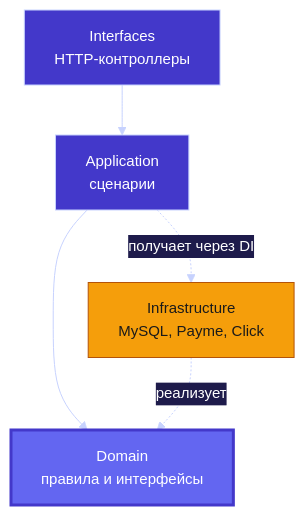
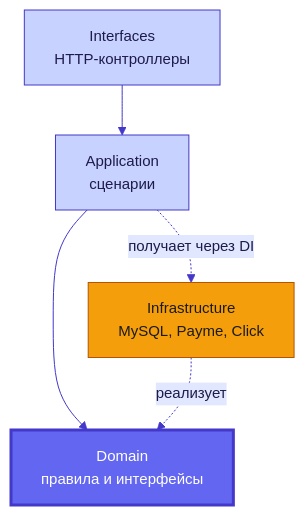
The diagram in README.md (Shohruh1997/php-layered-architecture-notes), drawn with Mermaid before and after one commit.

Commit message:
Диаграммы: светлые блоки с тёмным текстом — читаемость не зависит от темы GitHub

````diff
--- a/README.md
+++ b/README.md
@@ -31,11 +31,11 @@
 ```mermaid
-%%{init: {'theme':'base','themeVariables':{'fontFamily':'ui-sans-serif,-apple-system,BlinkMacSystemFont,Segoe UI,Roboto,Helvetica,Arial,sans-serif','fontSize':'15px','primaryColor':'#4338ca','primaryTextColor':'#ffffff','primaryBorderColor':'#c7d2fe','secondaryColor':'#6d28d9','tertiaryColor':'#312e81','lineColor':'#c7d2fe','textColor':'#ffffff','mainBkg':'#4338ca','nodeBorder':'#c7d2fe','nodeTextColor':'#ffffff','edgeLabelBackground':'#1e1b4b','attributeBackgroundColorOdd':'#4338ca','attributeBackgroundColorEven':'#4f46e5','noteBkgColor':'#fbbf24','noteTextColor':'#1a1a1a','noteBorderColor':'#b45309','clusterBkg':'#1e1b4b','clusterBorder':'#c7d2fe','labelBoxBkgColor':'#4338ca','labelBoxBorderColor':'#c7d2fe','labelTextColor':'#ffffff','actorBkg':'#4338ca','actorBorder':'#c7d2fe','actorTextColor':'#ffffff','actorLineColor':'#c7d2fe','signalColor':'#c7d2fe','signalTextColor':'#ffffff','sequenceNumberColor':'#1a1a1a','activationBkgColor':'#6d28d9','activationBorderColor':'#c7d2fe','transitionColor':'#c7d2fe','transitionLabelColor':'#ffffff','stateBkg':'#4338ca','stateLabelColor':'#ffffff','altBackground':'#312e81','compositeBackground':'#1e1b4b','compositeBorder':'#c7d2fe','compositeTitleBackground':'#312e81','specialStateColor':'#c7d2fe','innerEndBackground':'#c7d2fe','cScale0':'#4338ca'}}}%%
+%%{init: {'theme':'base','themeVariables':{'fontFamily':'ui-sans-serif,-apple-system,BlinkMacSystemFont,Segoe UI,Roboto,Helvetica,Arial,sans-serif','fontSize':'15px','textColor':'#1e1b4b','lineColor':'#4338ca','primaryColor':'#e0e7ff','primaryTextColor':'#1e1b4b','primaryBorderColor':'#4338ca','secondaryColor':'#ede9fe','tertiaryColor':'#f5f3ff','mainBkg':'#c7d2fe','nodeBorder':'#4338ca','nodeTextColor':'#1e1b4b','edgeLabelBackground':'#e0e7ff','attributeBackgroundColorOdd':'#eef2ff','attributeBackgroundColorEven':'#e0e7ff','noteBkgColor':'#fef3c7','noteTextColor':'#1a1a1a','noteBorderColor':'#b45309','clusterBkg':'#f5f3ff','clusterBorder':'#4338ca','labelBoxBkgColor':'#e0e7ff','labelBoxBorderColor':'#4338ca','labelTextColor':'#1e1b4b','actorBkg':'#c7d2fe','actorBorder':'#4338ca','actorTextColor':'#1e1b4b','actorLineColor':'#4338ca','signalColor':'#4338ca','signalTextColor':'#1e1b4b','sequenceNumberColor':'#ffffff','activationBkgColor':'#ddd6fe','activationBorderColor':'#4338ca','transitionColor':'#4338ca','transitionLabelColor':'#1e1b4b','stateBkg':'#c7d2fe','stateLabelColor':'#1e1b4b','altBackground':'#f5f3ff','compositeBackground':'#f5f3ff','compositeBorder':'#4338ca','compositeTitleBackground':'#e0e7ff','specialStateColor':'#4338ca','innerEndBackground':'#4338ca'}}}%%
 flowchart TD
     I[Interfaces<br/>HTTP-контроллеры] --> A[Application<br/>сценарии]
     A --> D[Domain<br/>правила и интерфейсы]
     INF[Infrastructure<br/>MySQL, Payme, Click] -.реализует.-> D
     A -.получает через DI.-> INF
 
     style D fill:#6366f1,stroke:#4338ca,stroke-width:3px,color:#ffffff
     style INF fill:#f59e0b,stroke:#b45309,color:#1a1a1a
 ```
````
